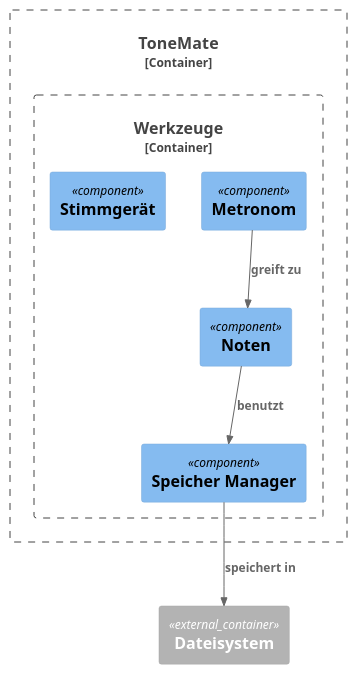
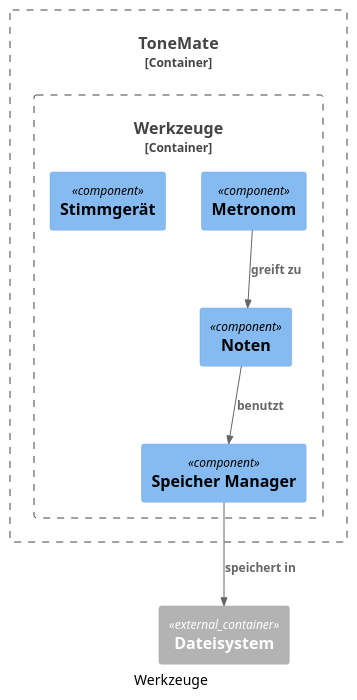
Before and after one commit to BB223/sw-architecture: the fourth of 5 diagrams in src/05_building_block_view.adoc, drawn with PlantUML. The commit also changed other lines of this file, not shown here.

```diff
--- a/src/05_building_block_view.adoc
+++ b/src/05_building_block_view.adoc
@@ -228,22 +234,24 @@
 [plantuml]
 ....
 @startuml
 !include <C4/C4_Component>
+
+caption Werkzeuge
 
 Container_Boundary(toneMate, "ToneMate") {
     Container_Boundary(werkzeuge, "Werkzeuge") {
         Component(metronom, "Metronom")
         Component(stimmgeraet, "Stimmgerät")
         Component(noten, "Noten")
         Component(speicherManager, "Speicher Manager")
 
         Rel(noten, speicherManager, "benutzt")
         Rel(metronom, noten, "greift zu")
     }
 }
 Container_Ext(dateiSystem, "Dateisystem")
 
 Rel(speicherManager, dateiSystem, "speichert in")
 
 @enduml
 ....
```
